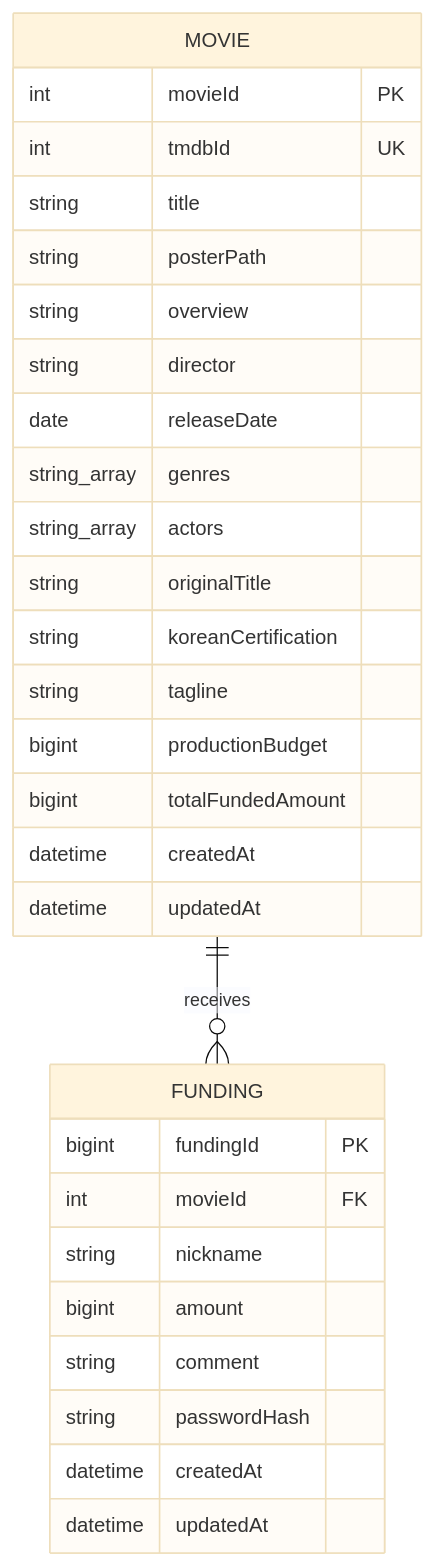
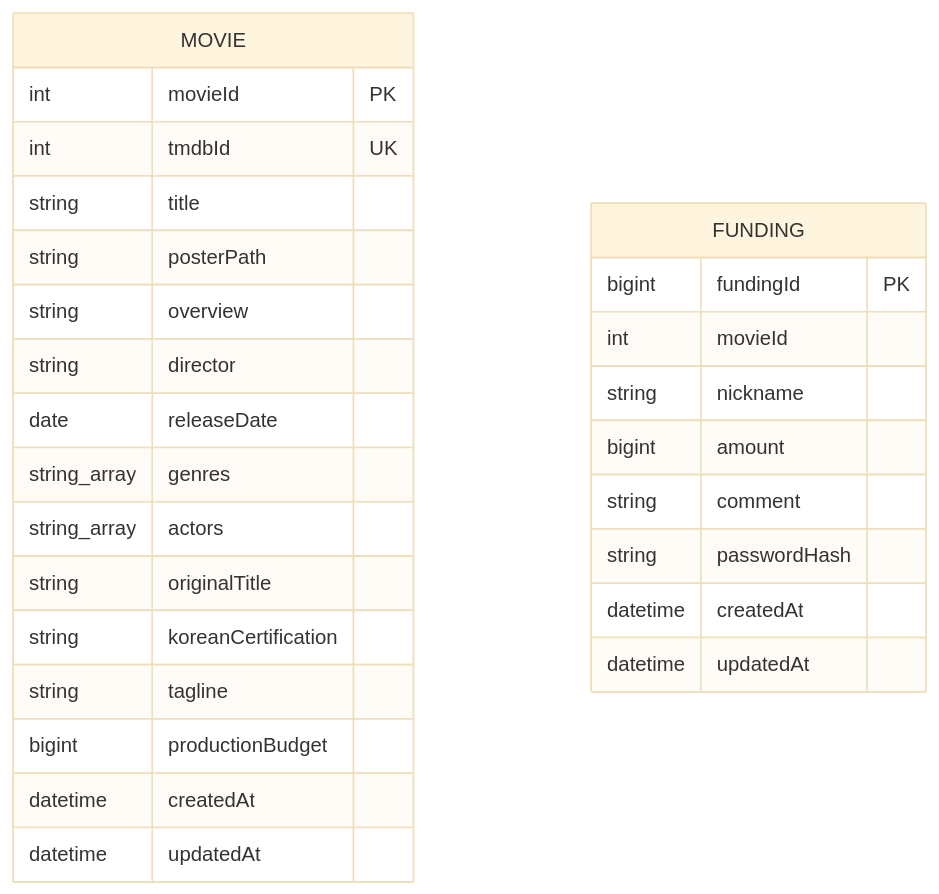
Before and after one commit to Sprint-project-1/backend: the diagram in docs/DATABASE_SCHEMA.md, drawn with Mermaid (base theme). The commit also changed other lines of this file and 46 other files, not shown here.

````diff
--- a/docs/DATABASE_SCHEMA.md
+++ b/docs/DATABASE_SCHEMA.md
@@ -7,32 +7,30 @@
 ```mermaid
 erDiagram
-  MOVIE ||--o{ FUNDING : receives
   MOVIE {
     int movieId PK
     int tmdbId UK
     string title
     string posterPath
     string overview
     string director
     date releaseDate
     string_array genres
     string_array actors
     string originalTitle
     string koreanCertification
     string tagline
     bigint productionBudget
-    bigint totalFundedAmount
     datetime createdAt
     datetime updatedAt
   }
   FUNDING {
     bigint fundingId PK
-    int movieId FK
+    int movieId
     string nickname
     bigint amount
     string comment
     string passwordHash
     datetime createdAt
     datetime updatedAt
   }
 ```
````
